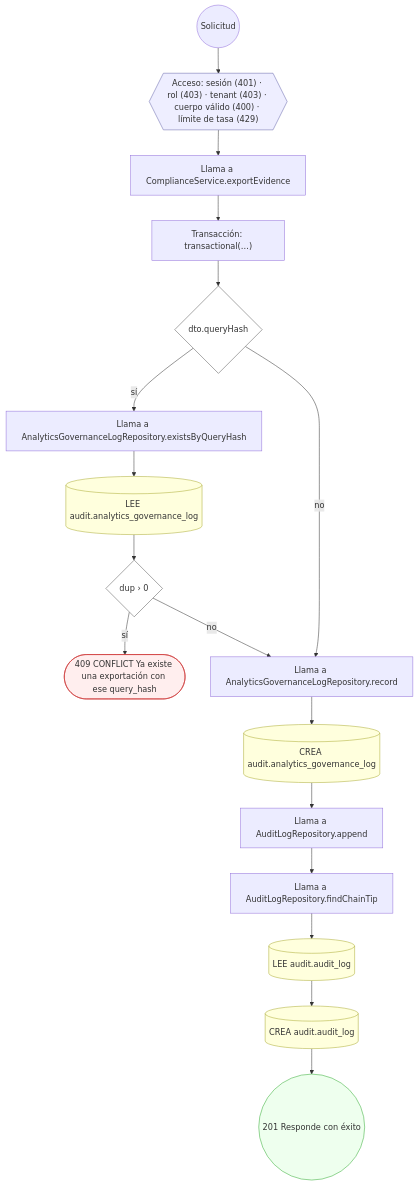
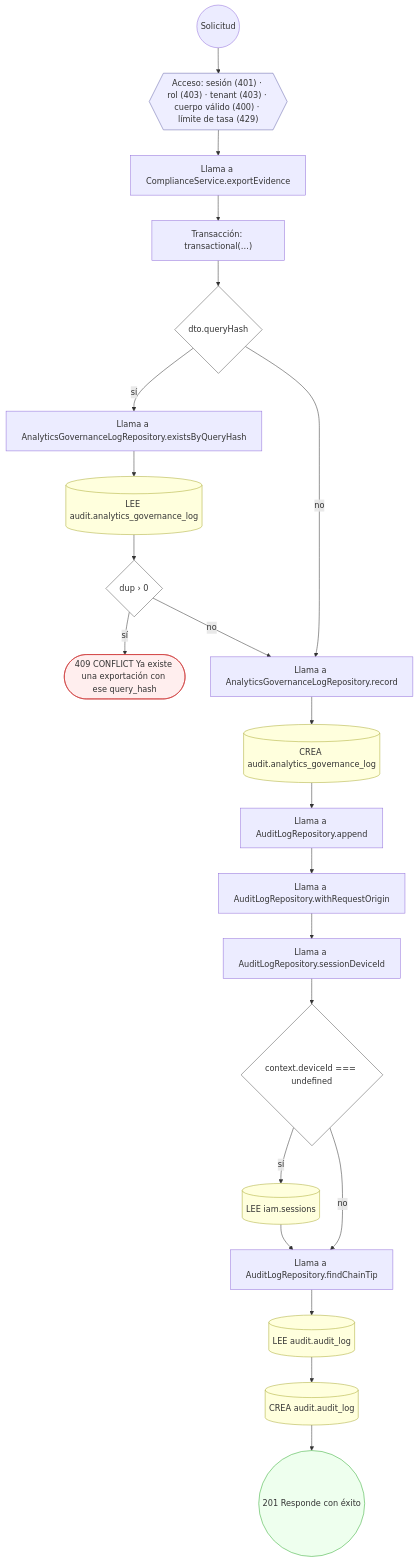
Before and after one commit to mdavila-2001/mantra-core-health-api: the ninth of 12 diagrams in docs/inventario/flujos/audit.md, drawn with Mermaid. The commit also changed other lines of this file and 451 other files, not shown here.

````diff
--- a/docs/inventario/flujos/audit.md
+++ b/docs/inventario/flujos/audit.md
@@ -396,41 +597,50 @@
 ```mermaid
 flowchart TD
   n1(("Solicitud")):::inicio
   n2{{"Acceso: sesión (401) · rol (403) · tenant (403) · cuerpo válido (400) · límite de tasa (429)"}}:::acceso
   n1 --> n2
   n3["Llama a ComplianceService.exportEvidence"]:::llamada
   n2 --> n3
   n4["Transacción: transactional(…)"]:::transaccion
   n3 --> n4
   n5{"dto.queryHash"}:::decision
   n4 --> n5
   n6["Llama a AnalyticsGovernanceLogRepository.existsByQueryHash"]:::llamada
   n5 -->|"sí"| n6
   n7[("LEE audit.analytics_governance_log")]:::efecto
   n6 --> n7
   n8{"dup › 0"}:::decision
   n7 --> n8
   n9(["409 CONFLICT Ya existe una exportación con ese query_hash"]):::error
   n8 -->|"sí"| n9
   n10["Llama a AnalyticsGovernanceLogRepository.record"]:::llamada
   n8 -->|"no"| n10
   n5 -->|"no"| n10
   n11[("CREA audit.analytics_governance_log")]:::efecto
   n10 --> n11
   n12["Llama a AuditLogRepository.append"]:::llamada
   n11 --> n12
-  n13["Llama a AuditLogRepository.findChainTip"]:::llamada
+  n13["Llama a AuditLogRepository.withRequestOrigin"]:::llamada
   n12 --> n13
-  n14[("LEE audit.audit_log")]:::efecto
+  n14["Llama a AuditLogRepository.sessionDeviceId"]:::llamada
   n13 --> n14
-  n15[("CREA audit.audit_log")]:::efecto
+  n15{"context.deviceId === undefined"}:::decision
   n14 --> n15
-  n16(("201 Responde con éxito")):::ok
-  n15 --> n16
+  n16[("LEE iam.sessions")]:::efecto
+  n15 -->|"sí"| n16
+  n17["Llama a AuditLogRepository.findChainTip"]:::llamada
+  n16 --> n17
+  n15 -->|"no"| n17
+  n18[("LEE audit.audit_log")]:::efecto
+  n17 --> n18
+  n19[("CREA audit.audit_log")]:::efecto
+  n18 --> n19
+  n20(("201 Responde con éxito")):::ok
+  n19 --> n20
   classDef acceso fill:#eef,stroke:#66a
   classDef error fill:#fee,stroke:#c33
   classDef ok fill:#efe,stroke:#3a3
   classDef efecto fill:#ffd,stroke:#aa3
   classDef decision fill:#fff,stroke:#555
   classDef corte fill:#eee,stroke:#999,stroke-dasharray: 4
 ```
````
